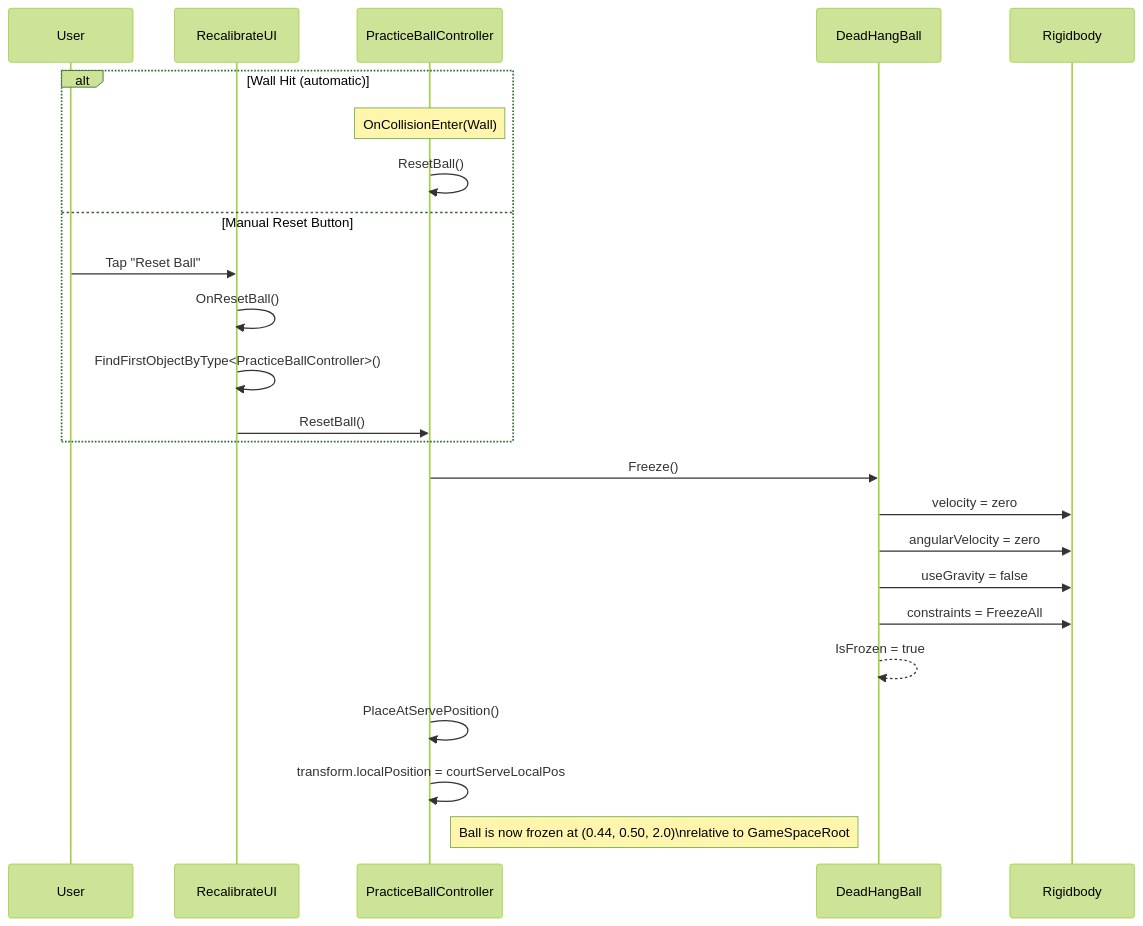
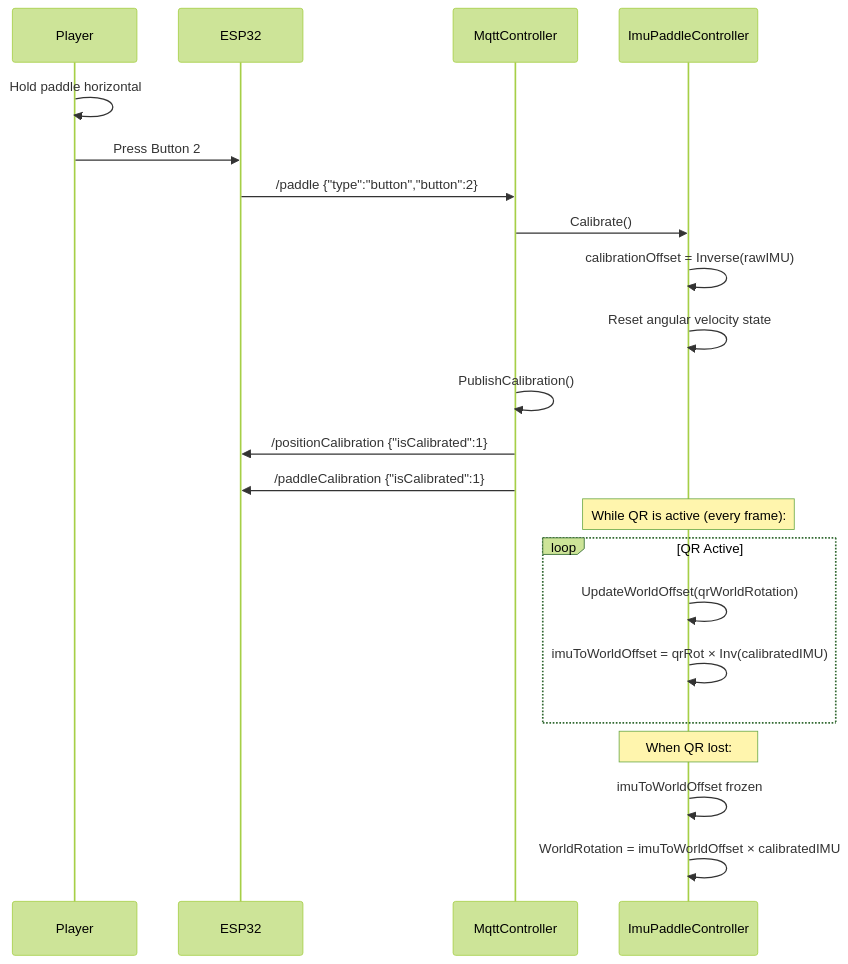
Before and after one commit to CG4002-AY2526S2-B03/Capstone_AR_Pickleball_Gameplay: the sixth of 10 diagrams in Docs/UML_Diagrams.md, drawn with Mermaid (forest theme). The commit also changed other lines of this file and 29 other files, not shown here.

````diff
--- a/Docs/UML_Diagrams.md
+++ b/Docs/UML_Diagrams.md
@@ -365,29 +357,27 @@
 ```mermaid
 sequenceDiagram
-    participant User
-    participant RecalibrateUI
-    participant PracticeBallCtrl as PracticeBallController
-    participant DeadHangBall
-    participant Rigidbody
+    participant Player
+    participant ESP as ESP32
+    participant MQTT as MqttController
+    participant IMU as ImuPaddleController
 
-    alt Wall Hit (automatic)
-        Note over PracticeBallCtrl: OnCollisionEnter(Wall)
-        PracticeBallCtrl->>PracticeBallCtrl: ResetBall()
-    else Manual Reset Button
-        User->>RecalibrateUI: Tap "Reset Ball"
-        RecalibrateUI->>RecalibrateUI: OnResetBall()
-        RecalibrateUI->>RecalibrateUI: FindFirstObjectByType<PracticeBallController>()
-        RecalibrateUI->>PracticeBallCtrl: ResetBall()
+    Player->>Player: Hold paddle horizontal
+    Player->>ESP: Press Button 2
+    ESP->>MQTT: /paddle {"type":"button","button":2}
+    MQTT->>IMU: Calibrate()
+    IMU->>IMU: calibrationOffset = Inverse(rawIMU)
+    IMU->>IMU: Reset angular velocity state
+    MQTT->>MQTT: PublishCalibration()
+    MQTT->>ESP: /positionCalibration {"isCalibrated":1}
+    MQTT->>ESP: /paddleCalibration {"isCalibrated":1}
+
+    Note over IMU: While QR is active (every frame):
+    loop QR Active
+        IMU->>IMU: UpdateWorldOffset(qrWorldRotation)
+        IMU->>IMU: imuToWorldOffset = qrRot × Inv(calibratedIMU)
     end
 
-    PracticeBallCtrl->>DeadHangBall: Freeze()
-    DeadHangBall->>Rigidbody: velocity = zero
-    DeadHangBall->>Rigidbody: angularVelocity = zero
-    DeadHangBall->>Rigidbody: useGravity = false
-    DeadHangBall->>Rigidbody: constraints = FreezeAll
-    DeadHangBall-->>DeadHangBall: IsFrozen = true
-
-    PracticeBallCtrl->>PracticeBallCtrl: PlaceAtServePosition()
-    PracticeBallCtrl->>PracticeBallCtrl: transform.localPosition = courtServeLocalPos
-    Note right of PracticeBallCtrl: Ball is now frozen at (0.44, 0.50, 2.0)\nrelative to GameSpaceRoot
+    Note over IMU: When QR lost:
+    IMU->>IMU: imuToWorldOffset frozen
+    IMU->>IMU: WorldRotation = imuToWorldOffset × calibratedIMU
 ```
````
